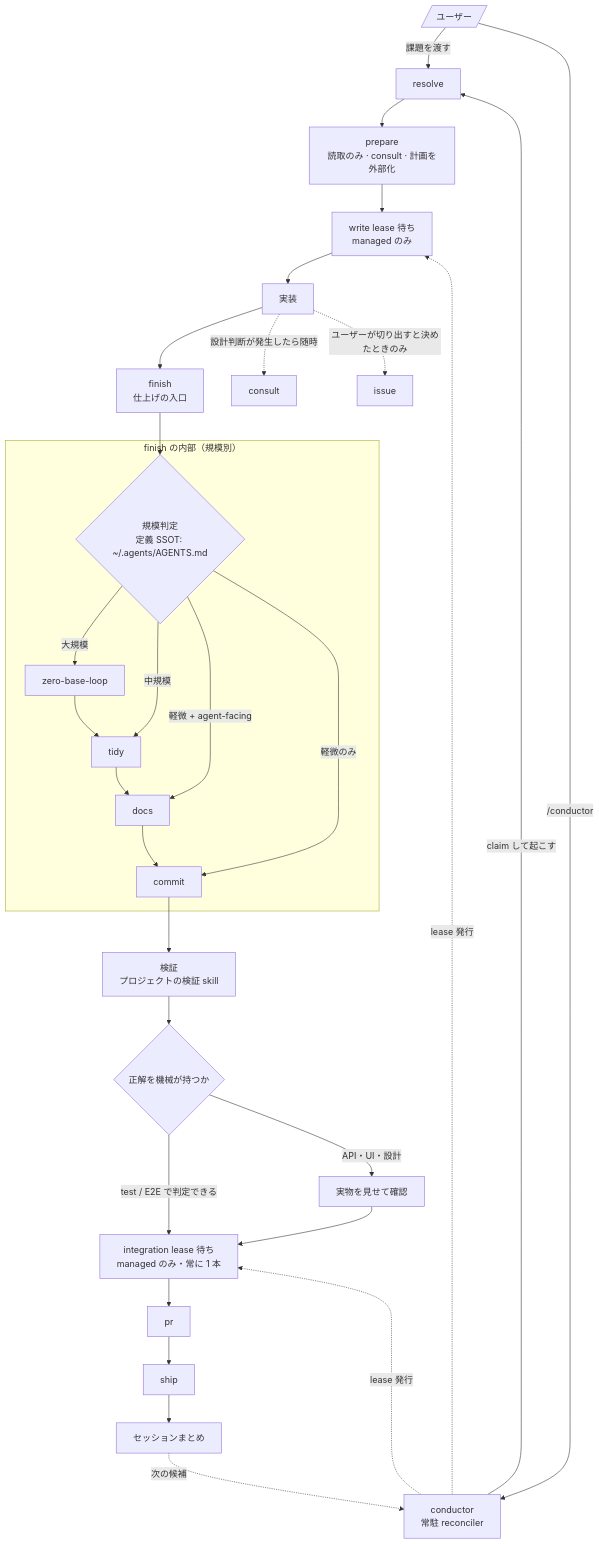
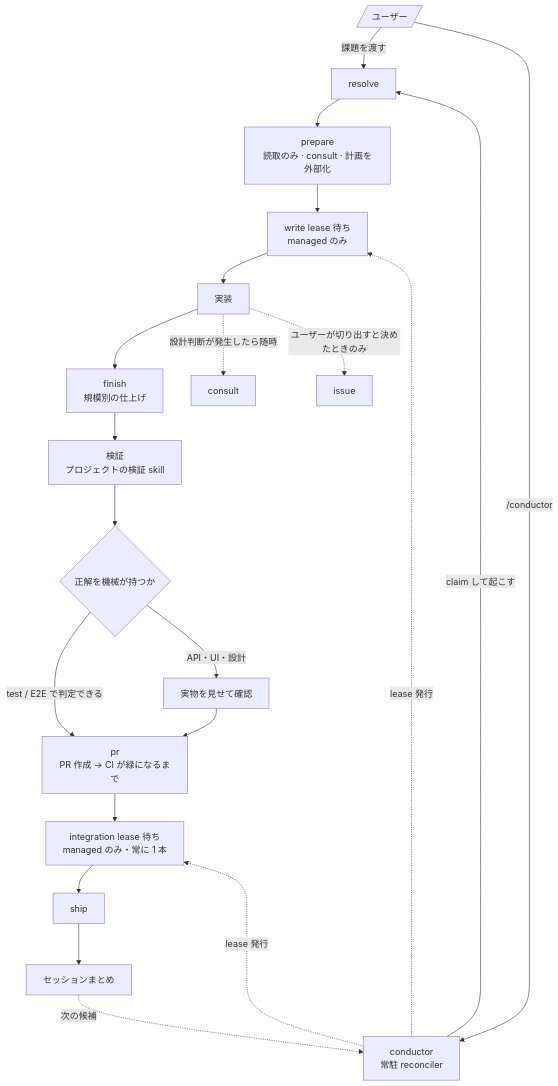
Before and after one commit to usagizmo/agentfiles: the second of 2 diagrams in agents/README.md, drawn with Mermaid. The commit also changed other lines of this file and 6 other files, not shown here.

````diff
--- a/agents/README.md
+++ b/agents/README.md
@@ -126,35 +114,25 @@
 ```mermaid
 flowchart TD
     U[/ユーザー/] -->|課題を渡す| W[resolve]
     U -->|/conductor| AP[conductor<br/>常駐 reconciler]
     AP -->|claim して起こす| W
 
     W --> P[prepare<br/>読取のみ · consult · 計画を外部化]
     P --> WW[write lease 待ち<br/>managed のみ]
     WW --> I[実装]
-    I --> F[finish<br/>仕上げの入口]
+    I --> F[finish<br/>規模別の仕上げ]
+    F --> V[検証<br/>プロジェクトの検証 skill]
 
-    F --> S{"規模判定<br/>定義 SSOT: ~/.agents/AGENTS.md"}
-
-    subgraph FIN["finish の内部（規模別）"]
-        S -->|大規模| RL[zero-base-loop] --> T[tidy]
-        S -->|中規模| T
-        T --> D[docs]
-        S -->|軽微 + agent-facing| D
-        D --> CM[commit]
-        S -->|軽微のみ| CM
-    end
-
-    CM --> V[検証<br/>プロジェクトの検証 skill]
     V --> CK{正解を機械が持つか}
-    CK -->|test / E2E で判定できる| IW
+    CK -->|test / E2E で判定できる| PR
     CK -->|API・UI・設計| SHOW[実物を見せて確認]
-    SHOW --> IW[integration lease 待ち<br/>managed のみ・常に 1 本]
-    IW --> PR[pr] --> SH[ship] --> RP[セッションまとめ]
+    SHOW --> PR["pr<br/>PR 作成 → CI が緑になるまで"]
+    PR --> IW[integration lease 待ち<br/>managed のみ・常に 1 本]
+    IW --> SH[ship] --> RP[セッションまとめ]
     RP -.次の候補.-> AP
 
     AP -.lease 発行.-> WW
     AP -.lease 発行.-> IW
     I -.設計判断が発生したら随時.-> C[consult]
     I -.ユーザーが切り出すと決めたときのみ.-> IS[issue]
 ```
````
